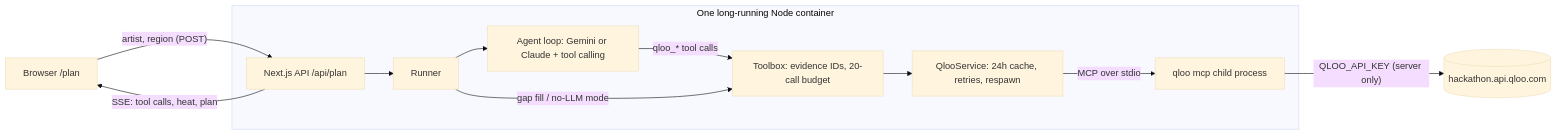
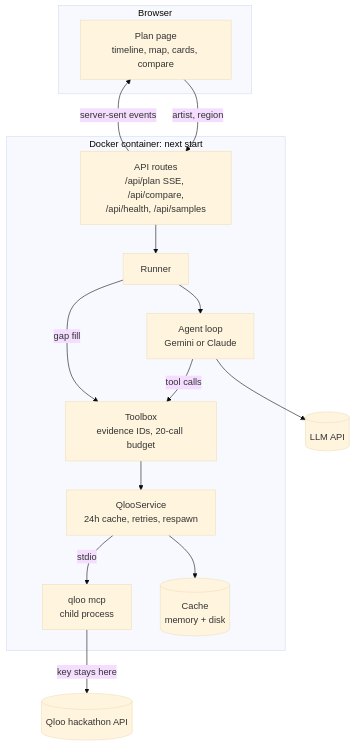
Before and after one commit to softalpha0/Opener: the second of 2 diagrams in README.md, drawn with Mermaid (base theme). The commit also changed other lines of this file and 45 other files, not shown here.

````diff
--- a/README.md
+++ b/README.md
@@ -43,14 +95,28 @@
 ```mermaid
-flowchart LR
-  B[Browser /plan] -- "artist, region (POST)" --> API[Next.js API /api/plan]
-  API -- "SSE: tool calls, heat, plan" --> B
-  subgraph Container [One long-running Node container]
-    API --> R[Runner]
-    R --> A[Agent loop: Gemini or Claude + tool calling]
-    A -- "qloo_* tool calls" --> T[Toolbox: evidence IDs, 20-call budget]
-    R -- "gap fill / no-LLM mode" --> T
-    T --> C[QlooService: 24h cache, retries, respawn]
-    C -- "MCP over stdio" --> M[qloo mcp child process]
+flowchart TB
+  subgraph Browser
+    UI[Plan page<br/>timeline, map, cards, compare]
   end
-  M -- "QLOO_API_KEY (server only)" --> Q[(hackathon.api.qloo.com)]
+  subgraph Container[Docker container: next start]
+    API[API routes<br/>/api/plan SSE, /api/compare,<br/>/api/health, /api/samples]
+    RUN[Runner]
+    AG[Agent loop<br/>Gemini or Claude]
+    TB[Toolbox<br/>evidence IDs, 20-call budget]
+    QC[QlooService<br/>24h cache, retries, respawn]
+    MCP[qloo mcp<br/>child process]
+    CACHE[(Cache<br/>memory + disk)]
+  end
+  QLOO[(Qloo hackathon API)]
+  LLM[(LLM API)]
+  UI -- artist, region --> API
+  API -- server-sent events --> UI
+  API --> RUN
+  RUN --> AG
+  AG -- tool calls --> TB
+  RUN -- gap fill --> TB
+  TB --> QC
+  QC --> CACHE
+  QC -- stdio --> MCP
+  MCP -- key stays here --> QLOO
+  AG --> LLM
 ```
````
